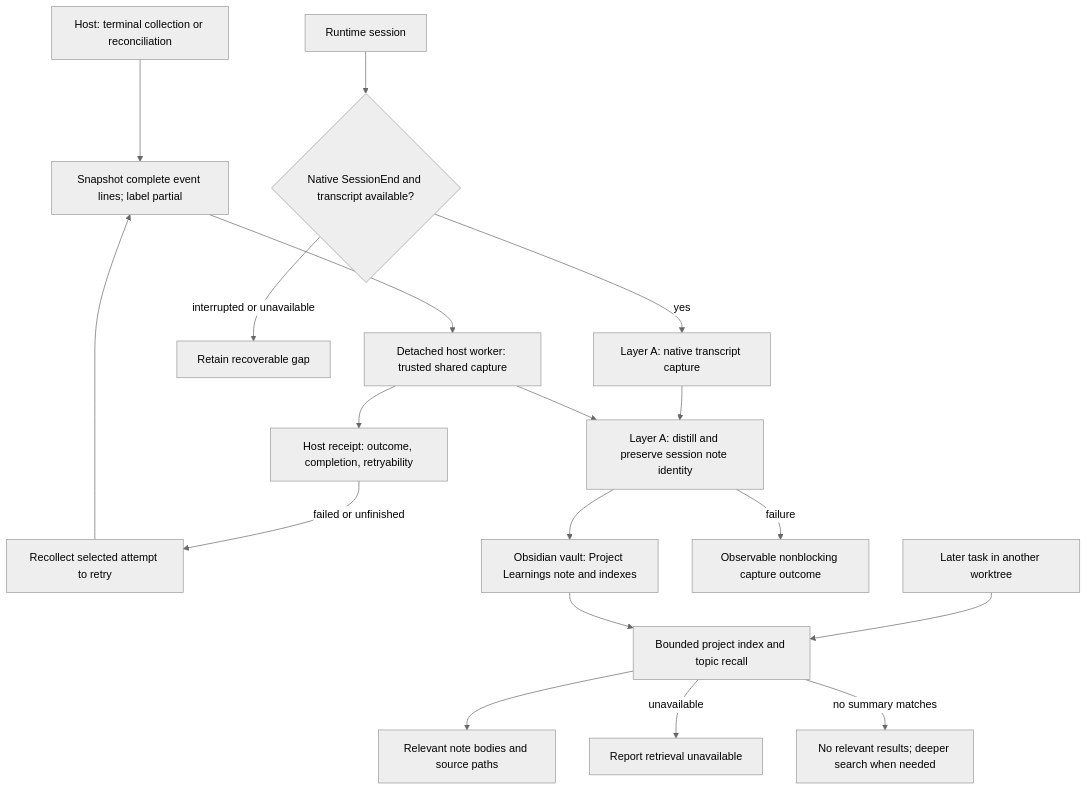
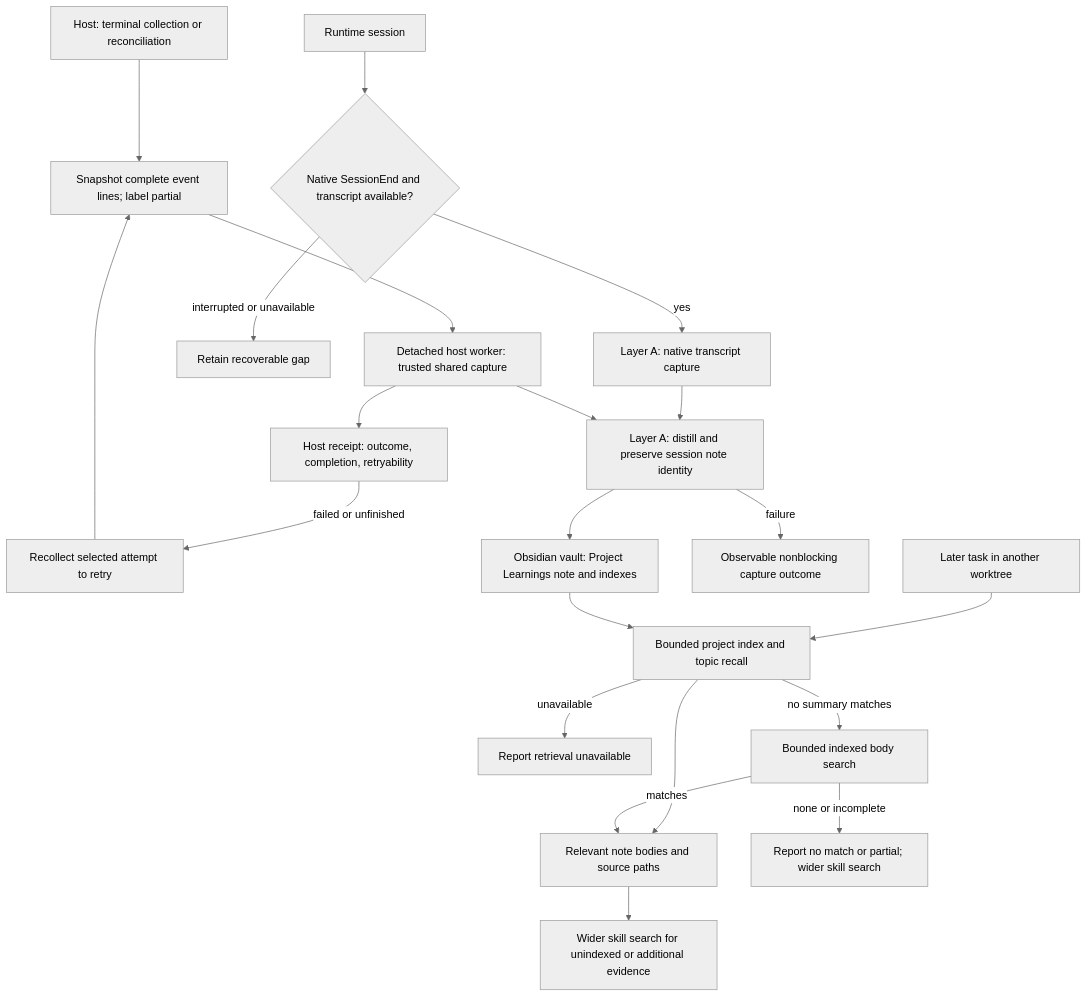
The ninth of 9 diagrams in docs/workflows.md (jchen1707/factory), drawn with Mermaid (neutral theme) before and after one commit. The commit also changed 11 other files, not shown here.

````diff
--- a/docs/workflows.md
+++ b/docs/workflows.md
@@ -232,20 +232,23 @@
 ```mermaid
 flowchart TD
   S[Runtime session] --> T{Native SessionEnd and transcript available?}
   T -->|yes| N[Layer A: native transcript capture]
   T -->|interrupted or unavailable| U[Retain recoverable gap]
   H[Host: terminal collection or reconciliation] --> P[Snapshot complete event lines; label partial]
   P --> W[Detached host worker: trusted shared capture]
   W --> R[Host receipt: outcome, completion, retryability]
   R -->|failed or unfinished| X[Recollect selected attempt to retry]
   X --> P
   N --> D[Layer A: distill and preserve session note identity]
   W --> D
   D --> V[Obsidian vault: Project Learnings note and indexes]
   D -->|failure| F[Observable nonblocking capture outcome]
   L[Later task in another worktree] --> I[Bounded project index and topic recall]
   V --> I
   I --> C[Relevant note bodies and source paths]
   I -->|unavailable| E[Report retrieval unavailable]
-  I -->|no summary matches| Z[No relevant results; deeper search when needed]
+  I -->|no summary matches| B[Bounded indexed body search]
+  B -->|matches| C
+  B -->|none or incomplete| Z[Report no match or partial; wider skill search]
+  C --> Q[Wider skill search for unindexed or additional evidence]
 ```
````
